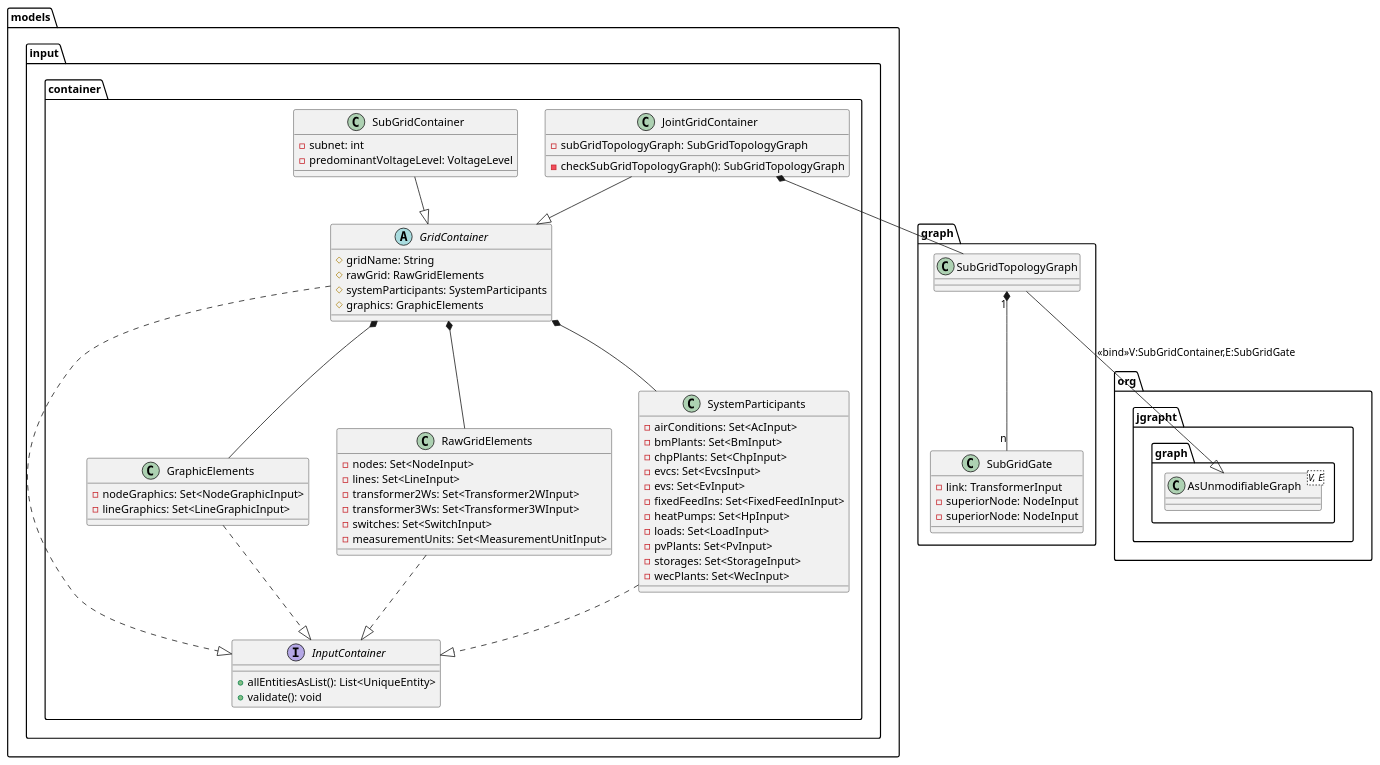
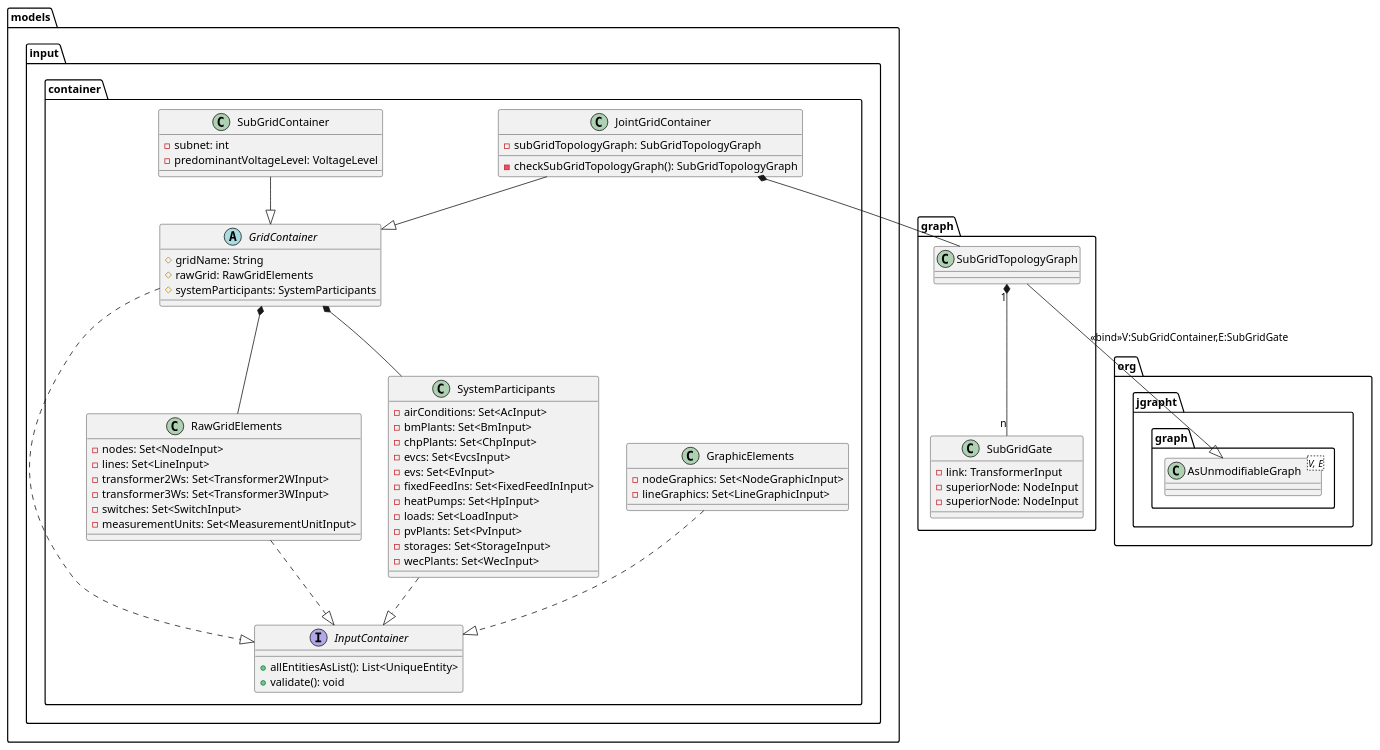
One commit to ie3-institute/PowerSystemDataModel changed the diagram in docs/uml/main/input/ModelContainerConcept.puml. Above: the diagram before and after it, drawn with PlantUML. The commit also changed 2 other files, not shown here.

```diff
--- a/docs/uml/main/input/ModelContainerConcept.puml
+++ b/docs/uml/main/input/ModelContainerConcept.puml
@@ -1,81 +1,79 @@
 @startuml
 
 package org.jgrapht.graph {
     class AsUnmodifiableGraph<V, E>
 }
 
 package graph {
     class SubGridGate {
         - link: TransformerInput
         - superiorNode: NodeInput
         - superiorNode: NodeInput
     }
 
     class SubGridTopologyGraph {
     }
     SubGridTopologyGraph --|> AsUnmodifiableGraph: <<bind>>V:SubGridContainer,E:SubGridGate
     SubGridTopologyGraph "1" *-- "n" SubGridGate
 }
 
 package models.input.container {
     interface InputContainer {
         + allEntitiesAsList(): List<UniqueEntity>
         + validate(): void
     }
 
     class GraphicElements {
         - nodeGraphics: Set<NodeGraphicInput>
         - lineGraphics: Set<LineGraphicInput>
     }
     GraphicElements ..|> InputContainer
 
     class RawGridElements {
         - nodes: Set<NodeInput>
         - lines: Set<LineInput>
         - transformer2Ws: Set<Transformer2WInput>
         - transformer3Ws: Set<Transformer3WInput>
         - switches: Set<SwitchInput>
         - measurementUnits: Set<MeasurementUnitInput>
     }
     RawGridElements ..|> InputContainer
 
     class SystemParticipants {
         - airConditions: Set<AcInput>
         - bmPlants: Set<BmInput>
         - chpPlants: Set<ChpInput>
         - evcs: Set<EvcsInput>
         - evs: Set<EvInput>
         - fixedFeedIns: Set<FixedFeedInInput>
         - heatPumps: Set<HpInput>
         - loads: Set<LoadInput>
         - pvPlants: Set<PvInput>
         - storages: Set<StorageInput>
         - wecPlants: Set<WecInput>
     }
     SystemParticipants ..|> InputContainer
 
     abstract class GridContainer {
         # gridName: String
         # rawGrid: RawGridElements
         # systemParticipants: SystemParticipants
-        # graphics: GraphicElements
     }
     GridContainer ..|> InputContainer
     GridContainer *-- RawGridElements
     GridContainer *-- SystemParticipants
-    GridContainer *-- GraphicElements
 
     class JointGridContainer {
         - subGridTopologyGraph: SubGridTopologyGraph
         - checkSubGridTopologyGraph(): SubGridTopologyGraph
     }
     JointGridContainer --|> GridContainer
     JointGridContainer *-- SubGridTopologyGraph
 
     class SubGridContainer {
         - subnet: int
         - predominantVoltageLevel: VoltageLevel
     }
     SubGridContainer --|> GridContainer
 }
 @enduml
```
